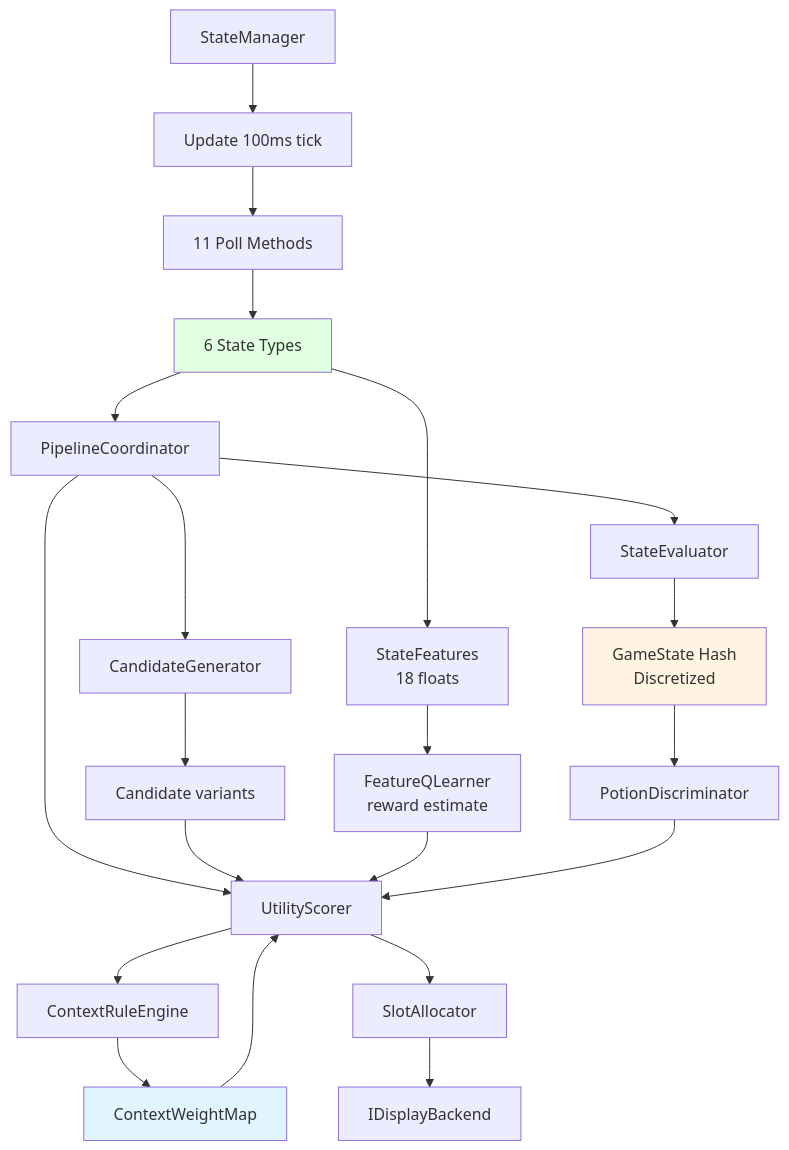
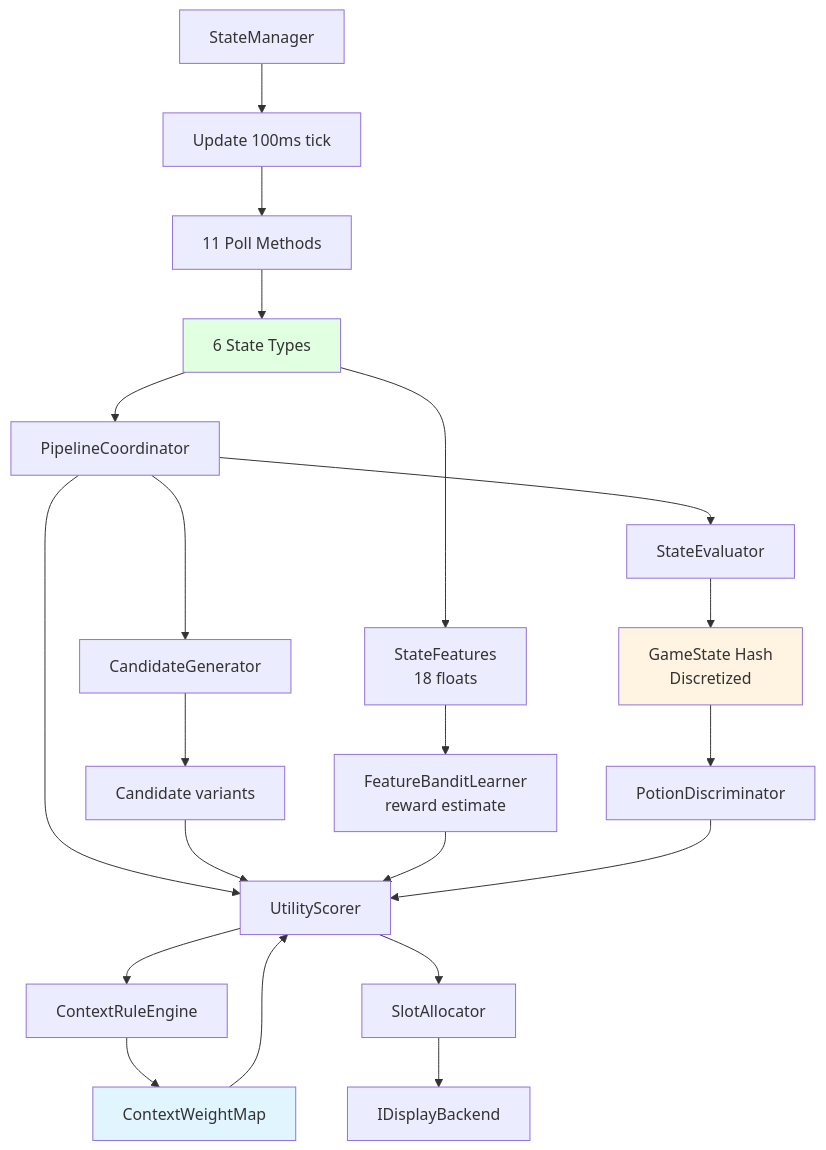
Before and after one commit to LandingCrew/huginn: the eighth of 13 diagrams in docs/architecture/1-states.md, drawn with Mermaid. The commit also changed other lines of this file and 61 other files, not shown here.

````diff
--- a/docs/architecture/1-states.md
+++ b/docs/architecture/1-states.md
@@ -786,36 +786,36 @@
 ```mermaid
 graph TB
     SM[StateManager] --> Update[Update 100ms tick]
 
     Update --> Poll[11 Poll Methods]
     Poll --> Models[6 State Types]
 
     Models --> PC[PipelineCoordinator]
 
     PC --> SE[StateEvaluator]
     PC --> CG[CandidateGenerator]
     PC --> US[UtilityScorer]
 
     SE --> GS[GameState Hash<br/>Discretized]
 
     CG --> Candidates[Candidate variants]
 
     US --> CRE[ContextRuleEngine]
     CRE --> Weights[ContextWeightMap]
 
     Models --> FV[StateFeatures<br/>18 floats]
-    FV --> FQL[FeatureQLearner<br/>reward estimate]
+    FV --> BL[FeatureBanditLearner<br/>reward estimate]
 
     Candidates --> US
     Weights --> US
-    FQL --> US
+    BL --> US
     GS --> PD[PotionDiscriminator]
     PD --> US
 
     US --> SA[SlotAllocator]
     SA --> Display[IDisplayBackend]
 
     style Models fill:#e1ffe1
     style GS fill:#fff4e1
     style Weights fill:#e1f5ff
 ```
````
